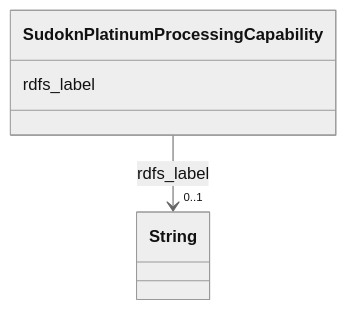
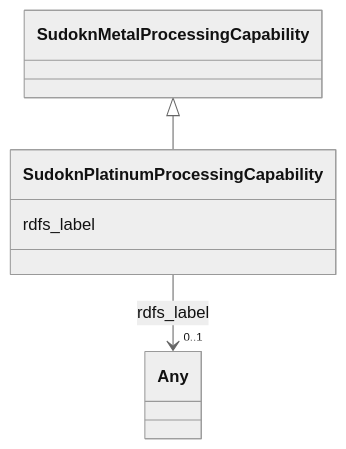
The diagram in sudokn-kg/classes/SudoknPlatinumProcessingCapability.md (frink-okn/graph-descriptions), drawn with Mermaid (neutral theme) before and after one commit. The commit also changed other lines of this file and 903 other files, not shown here.

````diff
--- a/sudokn-kg/classes/SudoknPlatinumProcessingCapability.md
+++ b/sudokn-kg/classes/SudoknPlatinumProcessingCapability.md
@@ -23,15 +18,18 @@
 ```mermaid
  classDiagram
     class SudoknPlatinumProcessingCapability
     click SudoknPlatinumProcessingCapability href "../SudoknPlatinumProcessingCapability"
+      SudoknMetalProcessingCapability <|-- SudoknPlatinumProcessingCapability
+        click SudoknMetalProcessingCapability href "../SudoknMetalProcessingCapability"
+      
       SudoknPlatinumProcessingCapability : rdfs_label
         
           
     
     
-    SudoknPlatinumProcessingCapability --> "0..1" String : rdfs_label
-    click String href "../String"
+    SudoknPlatinumProcessingCapability --> "0..1" Any : rdfs_label
+    click Any href "../Any"
 
         
       
 ```
````
